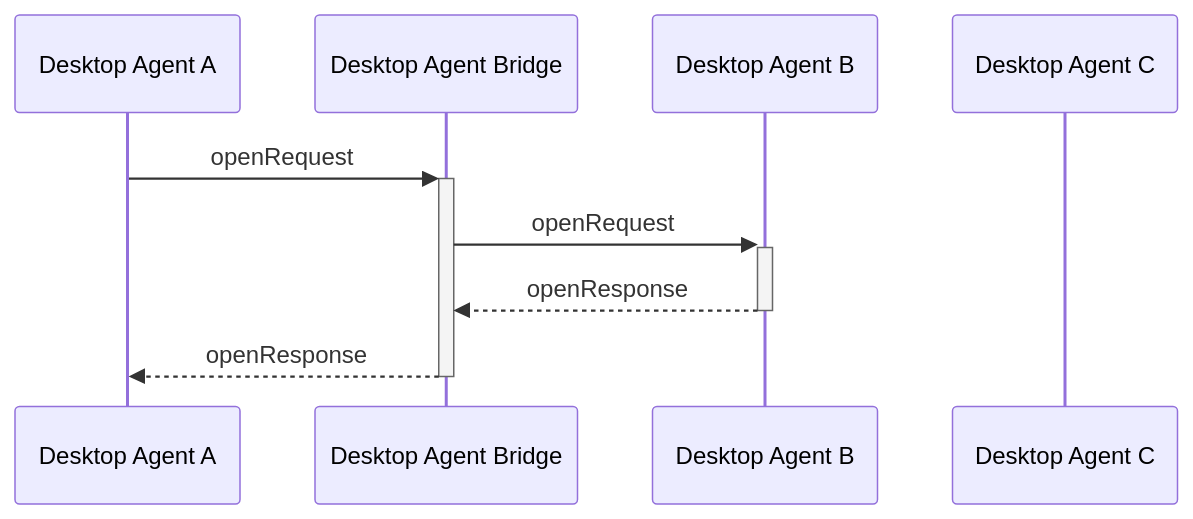
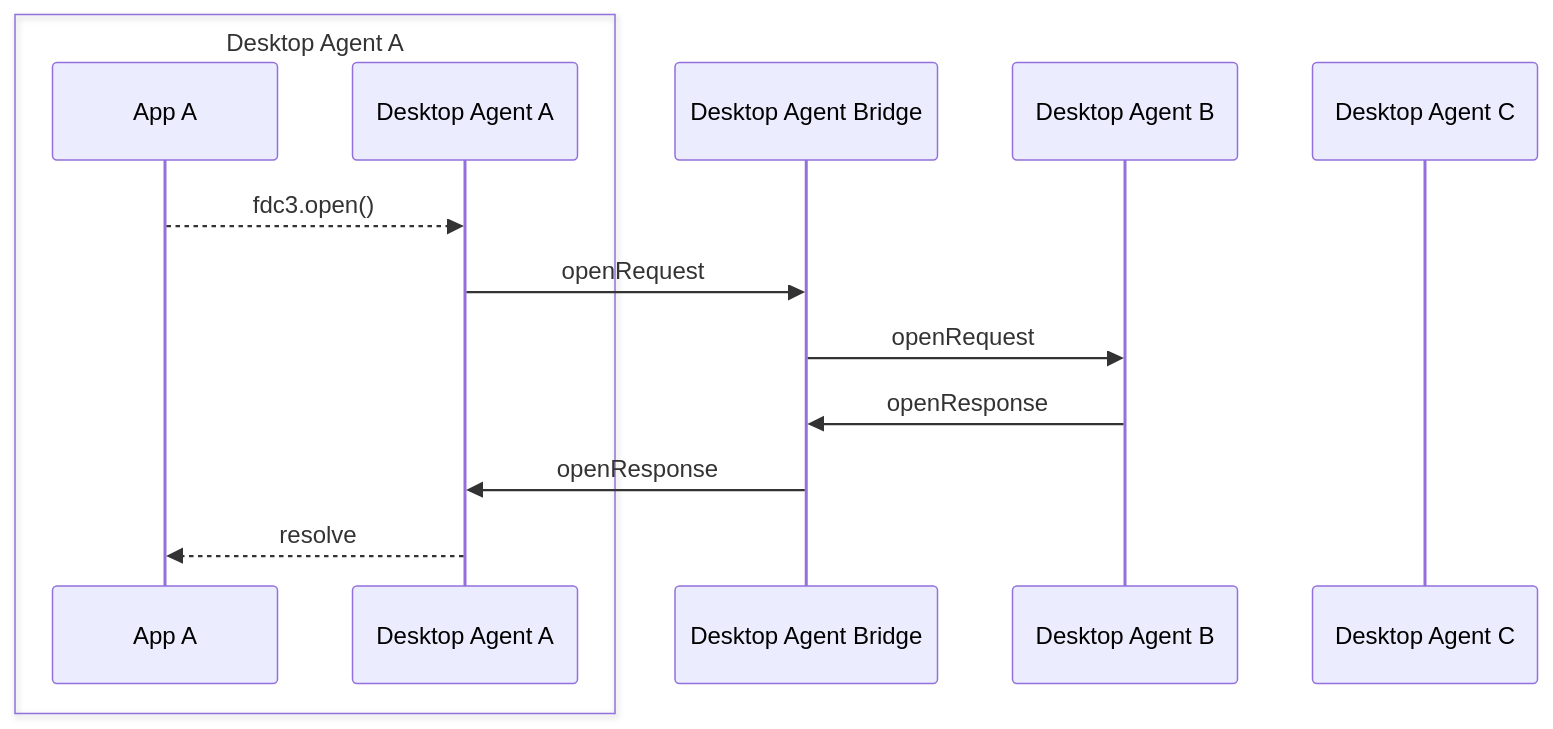
The diagram in docs/agent-bridging/ref/open.md (InteropIO/FDC3), drawn with Mermaid before and after one commit. The commit also changed 12 other files, not shown here.

Commit message:
Add the app to each reference page mermaid diagram to clarify how message exchanges work

````diff
--- a/docs/agent-bridging/ref/open.md
+++ b/docs/agent-bridging/ref/open.md
@@ -41,11 +41,16 @@
 ```mermaid
 sequenceDiagram
+    box Desktop Agent A
+    participant AA as App A
     participant DA as Desktop Agent A
+    end
     participant DAB as Desktop Agent Bridge
     participant DB as Desktop Agent B
     participant DC as Desktop Agent C
-    DA ->>+ DAB: openRequest
-    DAB ->>+ DB: openRequest
-    DB -->>- DAB: openResponse
-    DAB -->>- DA: openResponse
+    AA -->> DA: fdc3.open()
+    DA ->> DAB: openRequest
+    DAB ->> DB: openRequest
+    DB ->> DAB: openResponse
+    DAB ->> DA: openResponse
+    DA -->> AA: resolve
 ```
````
